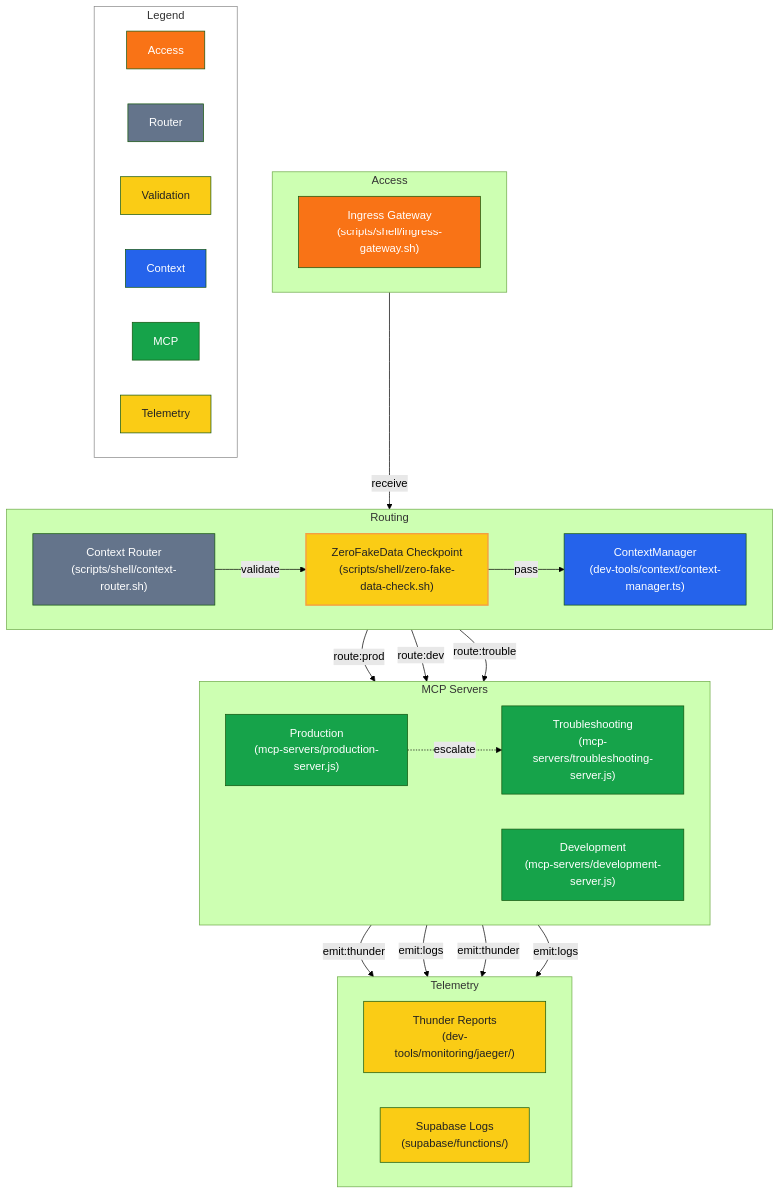
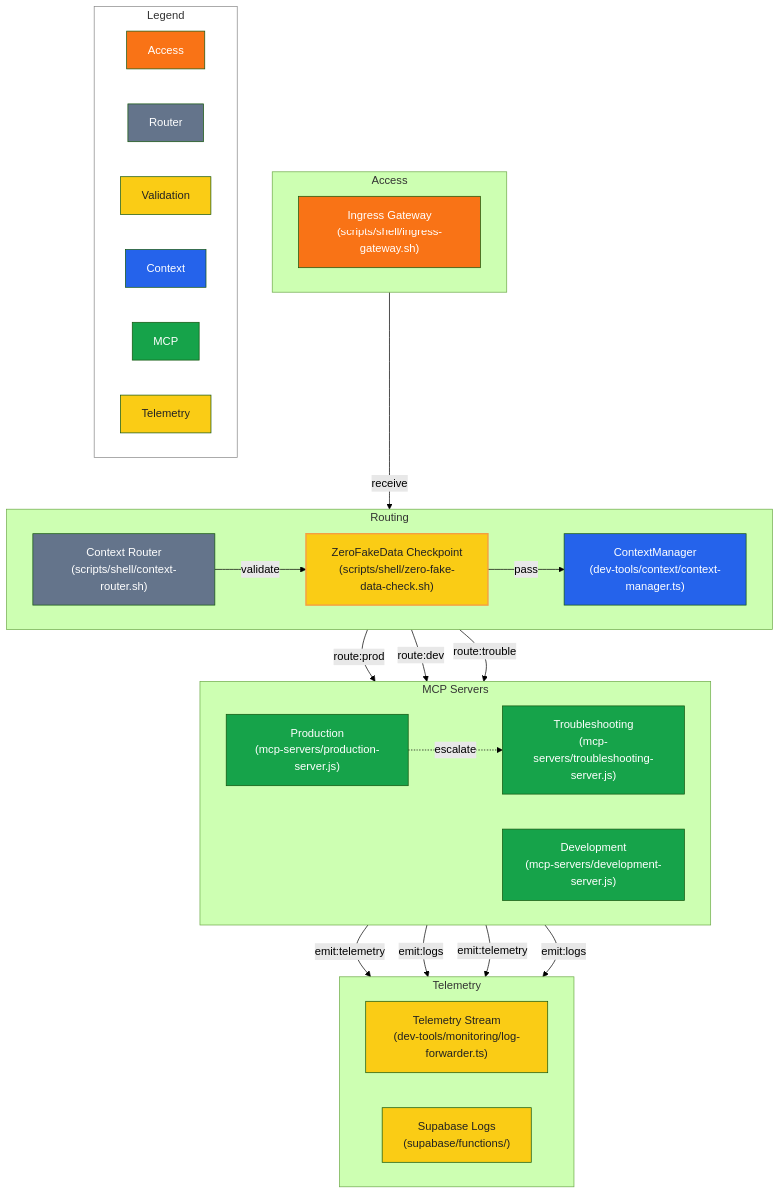
The diagram in docs/tooling/mcp-routing-overview.mmd (Alextorelli/ProspectPro), drawn with Mermaid (forest theme) before and after one commit. The commit also changed 17 other files, not shown here.

Commit message:
refactor: remove Jaeger references and update observability documentation to use MCP tools

```diff
--- a/docs/tooling/mcp-routing-overview.mmd
+++ b/docs/tooling/mcp-routing-overview.mmd
@@ -1,68 +1,68 @@
 ---
 id: mcp-routing-overview
 intent: "Show routing from ingress through the context router to MCP servers and telemetry sinks with validation checkpoints."
 context: |
   Node IDs map to stable repo paths so agents can cross-reference scripts quickly. Zero-fake-data validation and ContextManager routing must occur before invoking any MCP server.
 ---
 
 flowchart TD
   subgraph AccessLayer["Access"]
     direction LR
     INGRESS_GATEWAY["Ingress Gateway\n(scripts/shell/ingress-gateway.sh)"]:::access
   end
 
   subgraph RoutingLayer["Routing"]
     direction LR
     CONTEXT_ROUTER["Context Router\n(scripts/shell/context-router.sh)"]:::router
     ZERO_FAKE_DATA_CHECK["ZeroFakeData Checkpoint\n(scripts/shell/zero-fake-data-check.sh)"]:::validate
     CONTEXT_MANAGER["ContextManager\n(dev-tools/context/context-manager.ts)"]:::context
   end
 
   subgraph MCPLayer["MCP Servers"]
     direction LR
     MCP_PROD["Production\n(mcp-servers/production-server.js)"]:::mcp
     MCP_DEV["Development\n(mcp-servers/development-server.js)"]:::mcp
     MCP_TROUBLE["Troubleshooting\n(mcp-servers/troubleshooting-server.js)"]:::mcp
   end
 
   subgraph TelemetryLayer["Telemetry"]
     direction LR
-    THUNDER_REPORTS["Thunder Reports\n(dev-tools/monitoring/jaeger/)"]:::telemetry
+    TELEMETRY_STREAM["Telemetry Stream\n(dev-tools/monitoring/log-forwarder.ts)"]:::telemetry
     SUPABASE_LOGS["Supabase Logs\n(supabase/functions/)"]:::telemetry
   end
 
   INGRESS_GATEWAY -- "receive" --> CONTEXT_ROUTER
   CONTEXT_ROUTER -- "validate" --> ZERO_FAKE_DATA_CHECK
   ZERO_FAKE_DATA_CHECK -- "pass" --> CONTEXT_MANAGER
   CONTEXT_MANAGER -- "route:prod" --> MCP_PROD
   CONTEXT_MANAGER -- "route:dev" --> MCP_DEV
   CONTEXT_MANAGER -- "route:trouble" --> MCP_TROUBLE
-  MCP_PROD -- "emit:thunder" --> THUNDER_REPORTS
+  MCP_PROD -- "emit:telemetry" --> TELEMETRY_STREAM
   MCP_PROD -- "emit:logs" --> SUPABASE_LOGS
-  MCP_DEV -- "emit:thunder" --> THUNDER_REPORTS
+  MCP_DEV -- "emit:telemetry" --> TELEMETRY_STREAM
   MCP_TROUBLE -- "emit:logs" --> SUPABASE_LOGS
   MCP_PROD -. "escalate" .-> MCP_TROUBLE
 
   classDef access fill:#f97316,color:#fff;
   classDef router fill:#64748b,color:#fff;
   classDef validate fill:#facc15,color:#222,stroke:#f59e42,stroke-width:2px;
   classDef context fill:#2563eb,color:#fff;
   classDef mcp fill:#16a34a,color:#fff;
   classDef telemetry fill:#facc15,color:#222;
 
   subgraph Legend["Legend"]
     direction LR
     L1["Access"]
     L2["Router"]
     L3["Validation"]
     L4["Context"]
     L5["MCP"]
     L6["Telemetry"]
     style Legend fill:#fff,stroke:#888,stroke-width:1px
     style L1 fill:#f97316,color:#fff
     style L2 fill:#64748b,color:#fff
     style L3 fill:#facc15,color:#222
     style L4 fill:#2563eb,color:#fff
     style L5 fill:#16a34a,color:#fff
     style L6 fill:#facc15,color:#222
   end
```
